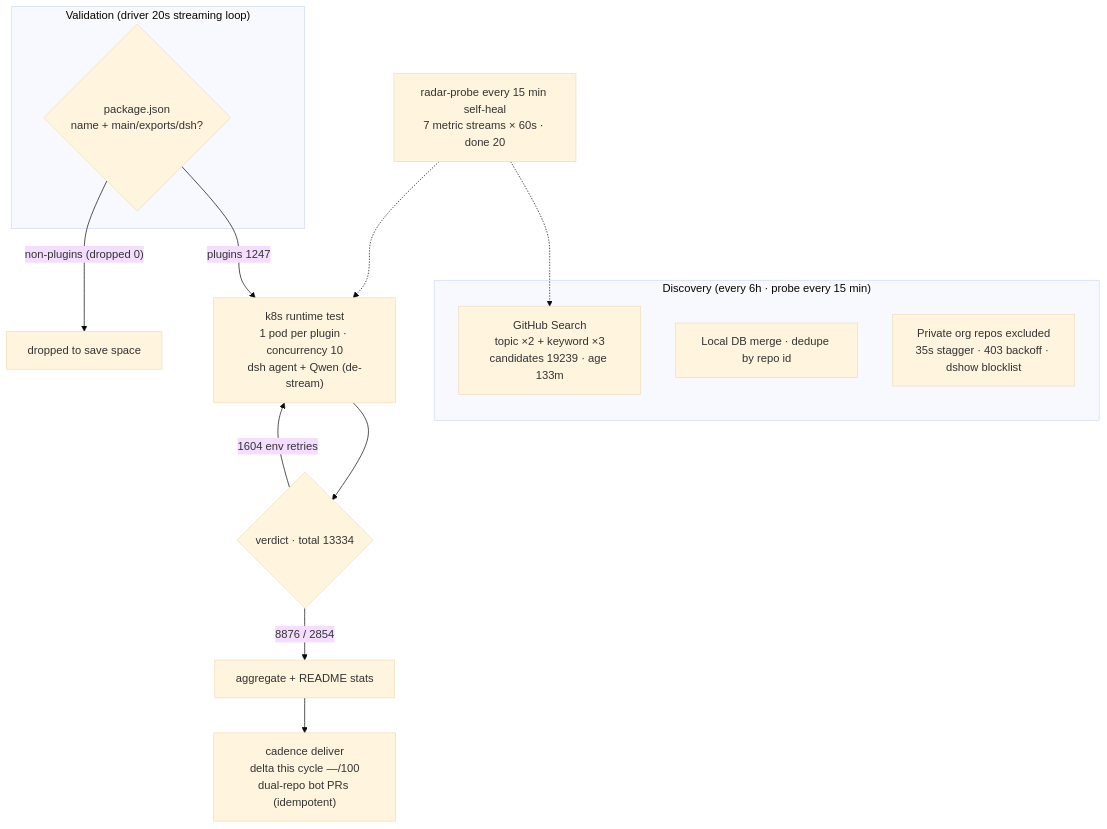
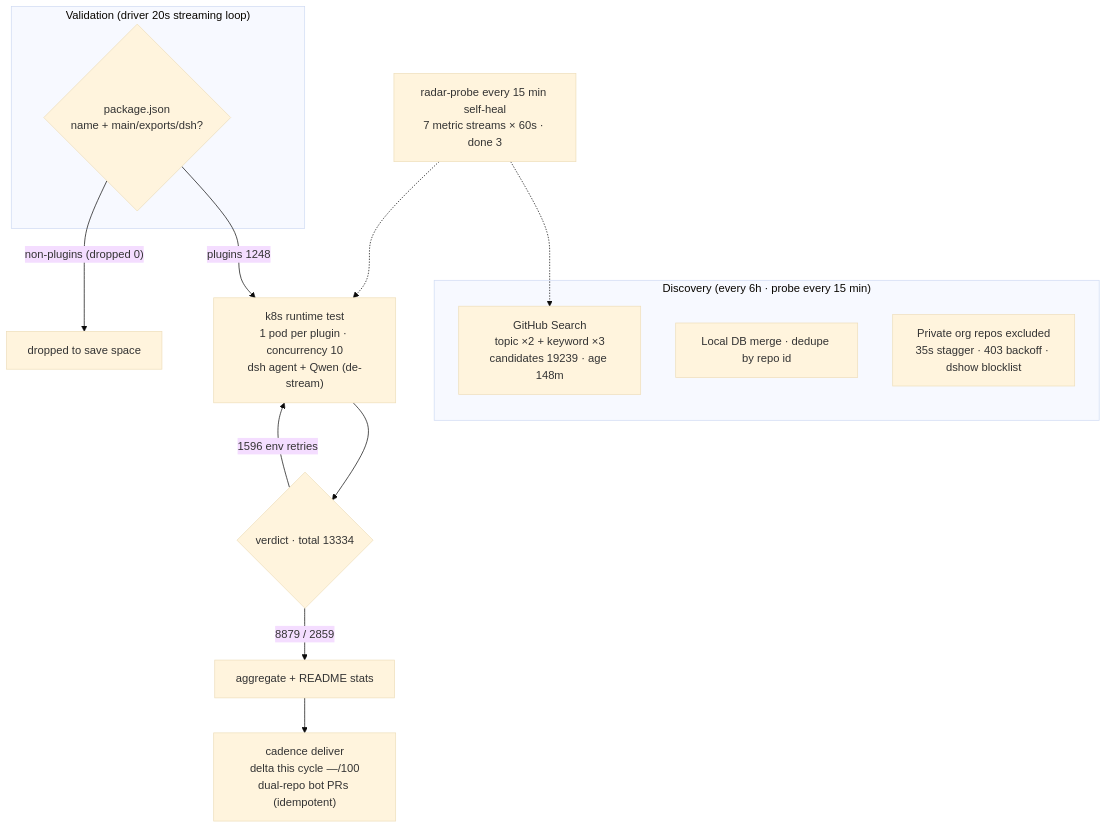
One commit to AdamPlatin123/dsh-plugin-radar changed the diagram in README.en-US.md. Above: the diagram before and after it, drawn with Mermaid (base theme). The commit also changed other lines of this file and 9 other files, not shown here.

````diff
--- a/README.en-US.md
+++ b/README.en-US.md
@@ -45,20 +45,20 @@
 ```mermaid
 flowchart TB
     subgraph Discovery["Discovery (every 6h · probe every 15 min)"]
-        A1["GitHub Search<br/>topic ×2 + keyword ×3<br/>candidates 19239 · age 133m"]
+        A1["GitHub Search<br/>topic ×2 + keyword ×3<br/>candidates 19239 · age 148m"]
         A2["Local DB merge · dedupe by repo id"]
         A3["Private org repos excluded<br/>35s stagger · 403 backoff · dshow blocklist"]
     end
     subgraph Validation["Validation (driver 20s streaming loop)"]
         B1{"package.json<br/>name + main/exports/dsh?"}
     end
-    B1 -->|"plugins 1247"| C1["k8s runtime test<br/>1 pod per plugin · concurrency 10<br/>dsh agent + Qwen (de-stream)"]
+    B1 -->|"plugins 1248"| C1["k8s runtime test<br/>1 pod per plugin · concurrency 10<br/>dsh agent + Qwen (de-stream)"]
     B1 -->|"non-plugins (dropped 0)"| B3["dropped to save space"]
     C1 --> D1{"verdict · total 13334"}
-    D1 -->|"8876 / 2854"| E1["aggregate + README stats"]
-    D1 -->|"1604 env retries"| C1
+    D1 -->|"8879 / 2859"| E1["aggregate + README stats"]
+    D1 -->|"1596 env retries"| C1
     E1 --> E2["cadence deliver<br/>delta this cycle —/100<br/>dual-repo bot PRs (idempotent)"]
-    M["radar-probe every 15 min self-heal<br/>7 metric streams × 60s · done 20"]
+    M["radar-probe every 15 min self-heal<br/>7 metric streams × 60s · done 3"]
     M -.-> A1
     M -.-> C1
 ```
````
